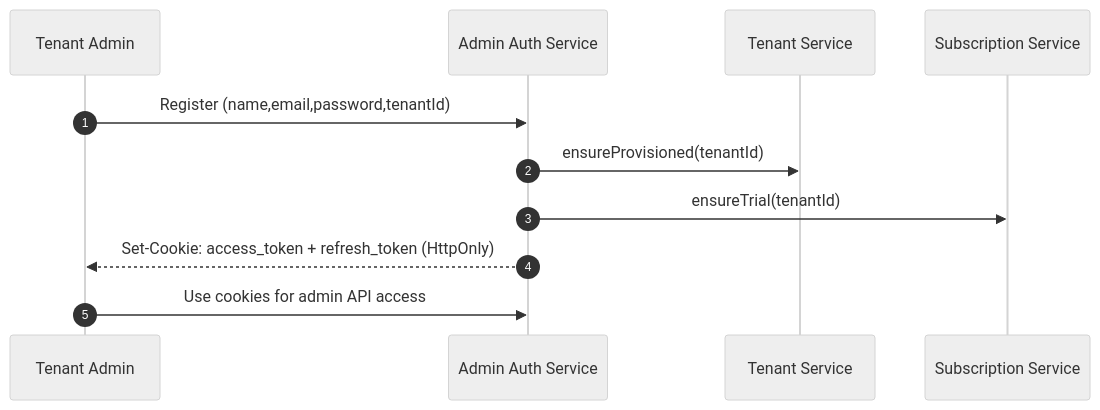
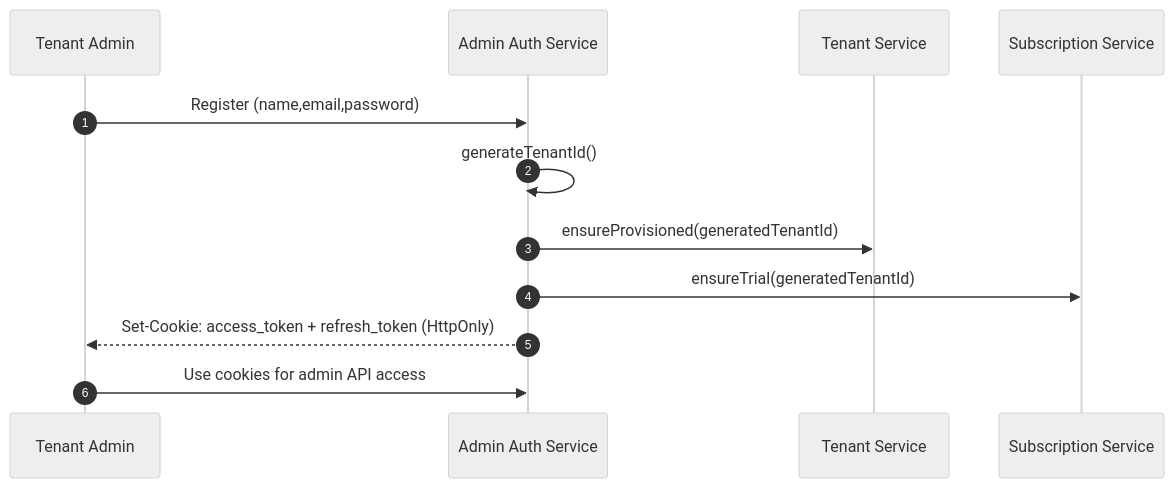
One commit to MuhibNayem/Survey-Engine changed the second of 18 diagrams in docs/mvp/architecture-flow.md. Above: the diagram before and after it, drawn with Mermaid (neutral theme). The commit also changed 14 other files, not shown here.

Commit message:
feat: Implement backend-generated tenant IDs for registration, add a toggleable desktop sidebar, and introduce a custom authentication entry point.

````diff
--- a/docs/mvp/architecture-flow.md
+++ b/docs/mvp/architecture-flow.md
@@ -150,14 +150,15 @@
 ```mermaid
 sequenceDiagram
   autonumber
   participant TA as Tenant Admin
   participant AA as Admin Auth Service
   participant TS as Tenant Service
   participant SS as Subscription Service
 
-  TA->>AA: Register (name,email,password,tenantId)
-  AA->>TS: ensureProvisioned(tenantId)
-  AA->>SS: ensureTrial(tenantId)
+  TA->>AA: Register (name,email,password)
+  AA->>AA: generateTenantId()
+  AA->>TS: ensureProvisioned(generatedTenantId)
+  AA->>SS: ensureTrial(generatedTenantId)
   AA-->>TA: Set-Cookie: access_token + refresh_token (HttpOnly)
   TA->>AA: Use cookies for admin API access
 ```
````
